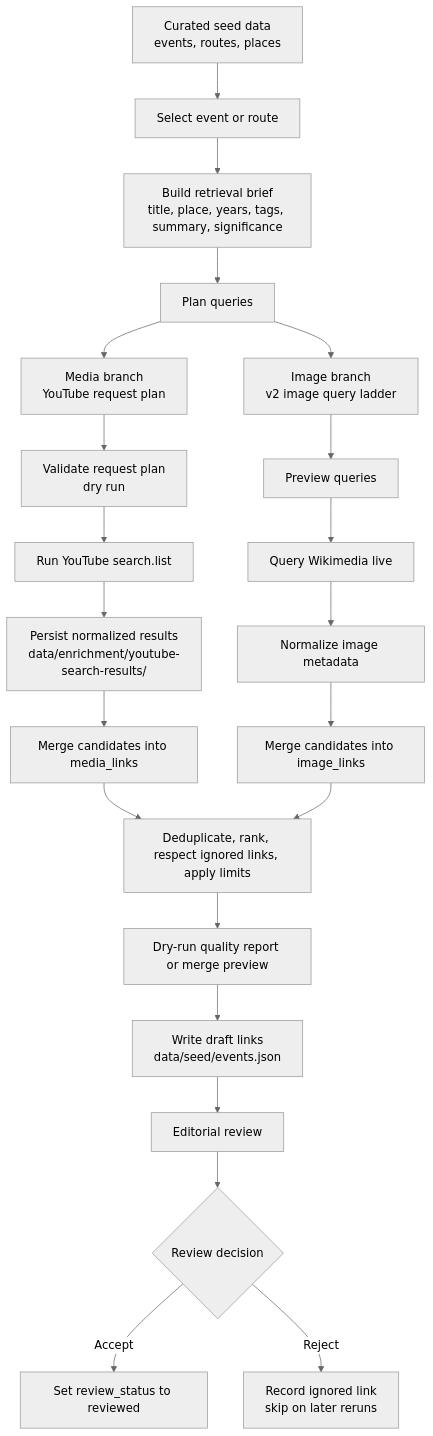
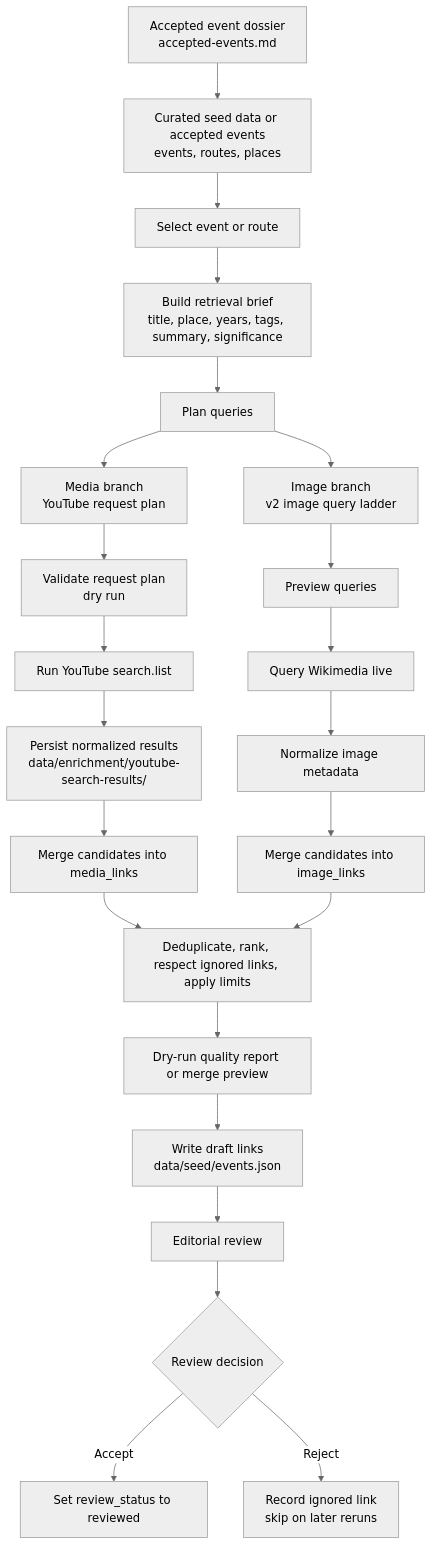
One commit to gititinyoursoul/soundatlas changed the diagram in docs/enrichment/workflow.md. Above: the diagram before and after it, drawn with Mermaid (neutral theme). The commit also changed other lines of this file and 11 other files, not shown here.

Commit message:
docs(content): implement accepted-event dossier structure and guidelines for editorial workflow

````diff
--- a/docs/enrichment/workflow.md
+++ b/docs/enrichment/workflow.md
@@ -19,27 +19,28 @@
 ```mermaid
 flowchart TD
-  A["Curated seed data<br/>events, routes, places"] --> B["Select event or route"]
+  Z["Accepted event dossier<br/>accepted-events.md"] --> A["Curated seed data or accepted events<br/>events, routes, places"]
+  A --> B["Select event or route"]
   B --> C["Build retrieval brief<br/>title, place, years, tags, summary, significance"]
   C --> D["Plan queries"]
 
   D --> E1["Media branch<br/>YouTube request plan"]
   E1 --> F1["Validate request plan<br/>dry run"]
   F1 --> G1["Run YouTube search.list"]
   G1 --> H1["Persist normalized results<br/>data/enrichment/youtube-search-results/"]
   H1 --> I1["Merge candidates into media_links"]
 
   D --> E2["Image branch<br/>v2 image query ladder"]
   E2 --> F2["Preview queries"]
   F2 --> G2["Query Wikimedia live"]
   G2 --> H2["Normalize image metadata"]
   H2 --> I2["Merge candidates into image_links"]
 
   I1 --> J["Deduplicate, rank, respect ignored links, apply limits"]
   I2 --> J
   J --> K["Dry-run quality report or merge preview"]
   K --> L["Write draft links<br/>data/seed/events.json"]
   L --> M["Editorial review"]
   M --> N{"Review decision"}
   N -->|Accept| O["Set review_status to reviewed"]
   N -->|Reject| P["Record ignored link<br/>skip on later reruns"]
 ```
````
